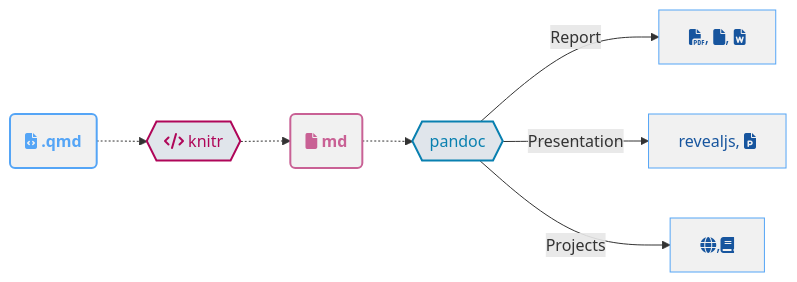
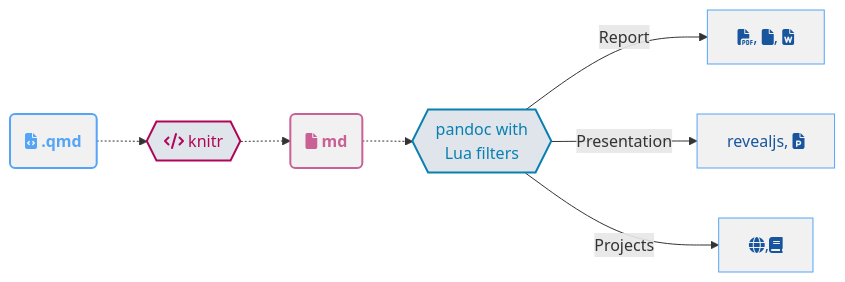
One commit to jthomasmock/quarto-presentation changed the first of 4 diagrams in images/mermaid.qmd. Above: the diagram before and after it, drawn with Mermaid. The commit also changed other lines of this file and 21 other files, not shown here.

````diff
--- a/images/mermaid.qmd
+++ b/images/mermaid.qmd
@@ -24,26 +24,26 @@
 ```{mermaid knitr}
 graph LR
 %% classDef
 classDef classBlue color: #55a5f6,fill:#f1f1f1,stroke-width:2px,stroke:#55a5f6,font-weight:bold
 classDef classRed color: #af0659,fill:#e0e5eb,stroke-width:2px,stroke:#af0659
 classDef classMd color: #c96195,fill:#f1f1f1,stroke-width:2px,stroke:#c96195,font-weight:bold
 classDef classPandoc color: #0980b0,fill:#e0e5eb,stroke-width:2px,stroke:#0980b0
 classDef classFile color:#17559e,fill:#f1f1f1,stroke:#55a5f6
 classDef classFile2 color:#17559e,fill:#f1f1f1,stroke:#55a5f6
 
     A(fa:fa-file-code .qmd) -.-> B{{fa:fa-code knitr}}
     B -.-> C(fa:fa-file md)
-    C -.-> D{{pandoc}}
+    C -.-> D{{pandoc with<br>Lua filters}}
     D -->| Report| E[fa:fa-file-pdf, fa:fa-file, fa:fa-file-word]
     D -->|Presentation| F[revealjs, fa:fa-file-powerpoint ]
     D -->|Projects| G[fa:fa-globe,fa:fa-book]
 
 %%Style
 
 class A classBlue
 class B classRed
 class C classMd
 class D classPandoc
 class E,F classFile
 class G classFile2
 ```
````
